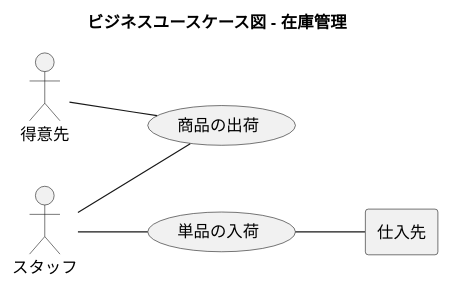
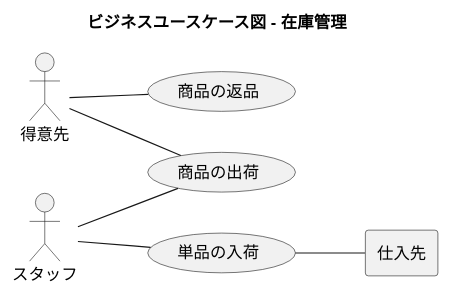
Before and after one commit to k2works/application_programing_excercise_2022: the seventh of 36 diagrams in docs/index.adoc, drawn with PlantUML. The commit also changed other lines of this file, not shown here.

Commit message:
docs: ユースケース複合図

```diff
--- a/docs/index.adoc
+++ b/docs/index.adoc
@@ -291,22 +294,24 @@
 [plantuml]
 ----
 @startuml
 
 title ビジネスユースケース図 - 在庫管理
 
 left to right direction
 
 actor 得意先 as ac_01
 actor スタッフ as ac_02
 agent 仕入先 as ag_01
 
 usecase 単品の入荷 as uc_01
 usecase 商品の出荷 as uc_02
+usecase 商品の返品 as uc_03
 
 ac_02 -- (uc_01)
 ac_02 -- (uc_02)
 ac_01 -- (uc_02)
+ac_01 -- (uc_03)
 (uc_01) -- ag_01
 
 @enduml
 ----
```
